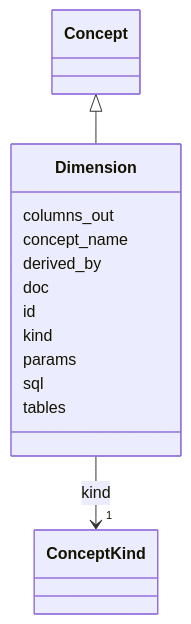
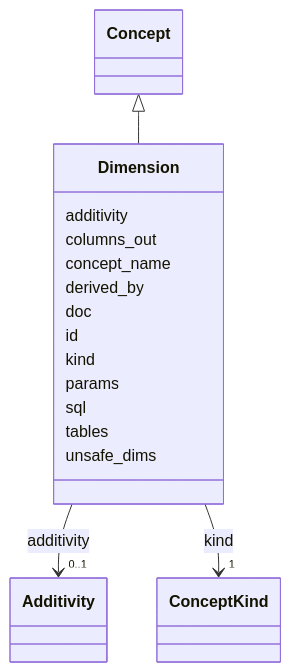
Before and after one commit to matthiasautrata/llm-policy-reasoning: the diagram in spikes/v3/v3a-prolog/linkml/docs/schema/Dimension.md, drawn with Mermaid. The commit also changed other lines of this file and 64 other files, not shown here.

````diff
--- a/spikes/v3/v3a-prolog/linkml/docs/schema/Dimension.md
+++ b/spikes/v3/v3a-prolog/linkml/docs/schema/Dimension.md
@@ -23,36 +23,49 @@
 ```mermaid
  classDiagram
     class Dimension
     click Dimension href "../Dimension/"
       Concept <|-- Dimension
         click Concept href "../Concept/"
       
+      Dimension : additivity
+        
+          
+    
+        
+        
+        Dimension --> "0..1" Additivity : additivity
+        click Additivity href "../Additivity/"
+    
+
+        
       Dimension : columns_out
         
       Dimension : concept_name
         
       Dimension : derived_by
         
       Dimension : doc
         
       Dimension : id
         
       Dimension : kind
         
           
     
         
         
         Dimension --> "1" ConceptKind : kind
         click ConceptKind href "../ConceptKind/"
     
 
         
       Dimension : params
         
       Dimension : sql
         
       Dimension : tables
         
+      Dimension : unsafe_dims
+        
       
 ```
````
